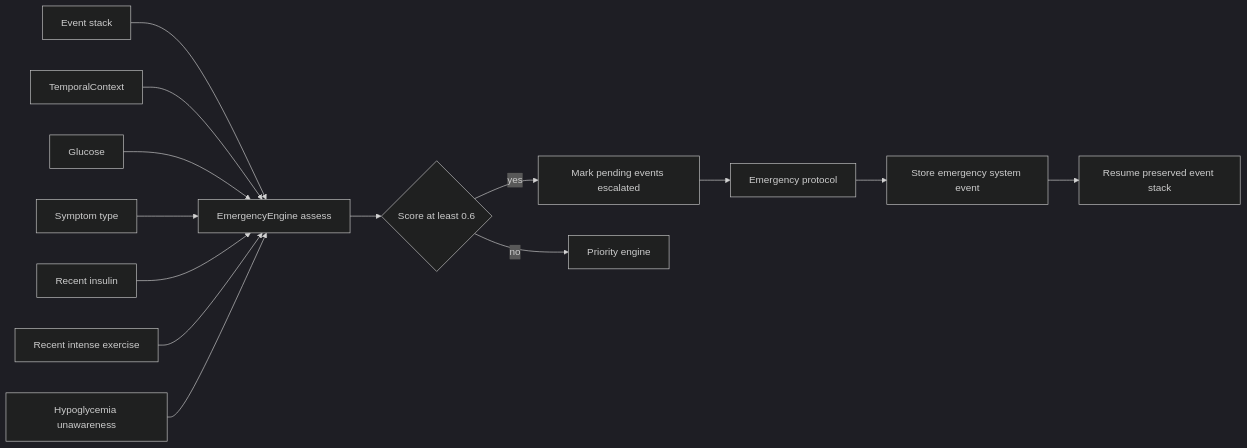
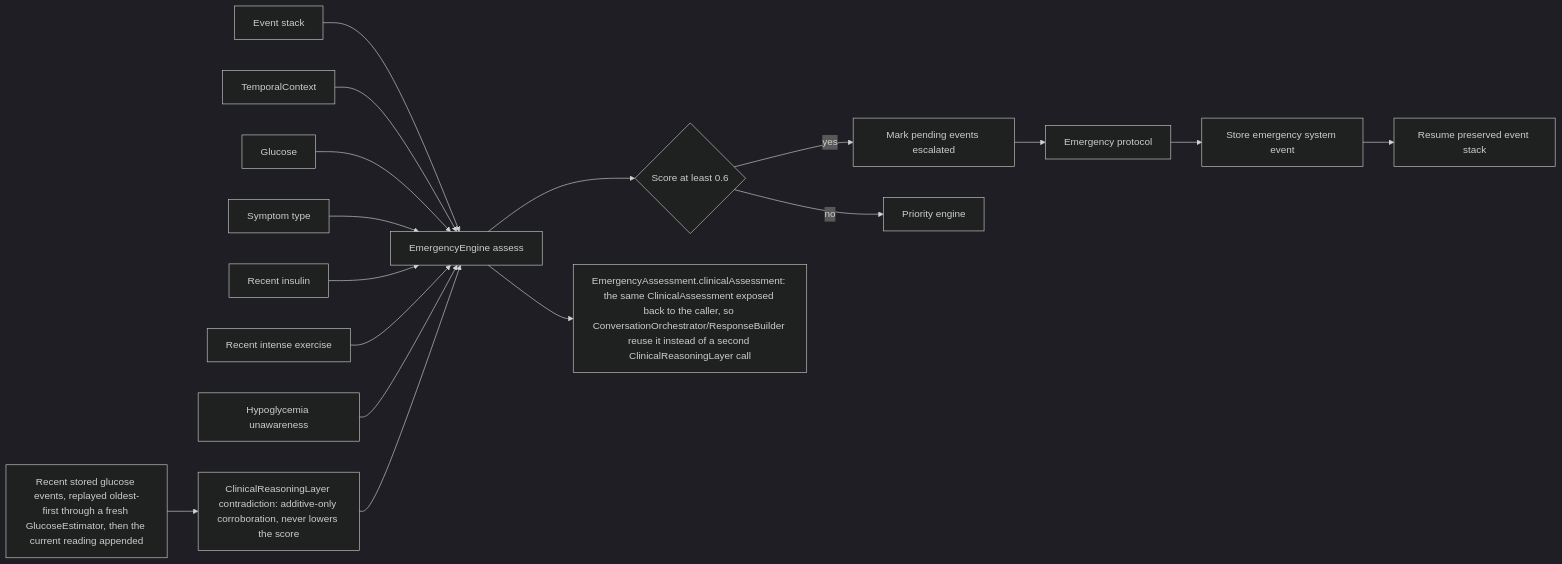
The diagram in diabot/docs/fsm/emergency.mmd (bioduds/diabot), drawn with Mermaid (dark theme) before and after one commit. The commit also changed 38 other files, not shown here.

First line of the commit message:
DiabAI: Clinical Reasoning Layer (FSM V2, Phases 0-8)

```diff
--- a/diabot/docs/fsm/emergency.mmd
+++ b/diabot/docs/fsm/emergency.mmd
@@ -1,16 +1,19 @@
-%% fsm-contract: {"precedence":"emergency-before-priority","signals":["glucose","symptomType","recentInsulin","recentIntenseExercise","hypoglycemiaUnawareness"],"threshold":0.6,"resume":"preserve-event-stack"}
+%% fsm-contract: {"precedence":"emergency-before-priority","signals":["glucose","symptomType","recentInsulin","recentIntenseExercise","hypoglycemiaUnawareness","clinicalContradiction"],"threshold":0.6,"resume":"preserve-event-stack"}
 %% This contract is checked by test/fsm_mermaid_contract_test.dart.
 flowchart LR
   STACK[Event stack] --> ASSESS[EmergencyEngine assess]
   TIME[TemporalContext] --> ASSESS
   GLUCOSE[Glucose] --> ASSESS
   SYMPTOMS[Symptom type] --> ASSESS
   INSULIN[Recent insulin] --> ASSESS
   EXERCISE[Recent intense exercise] --> ASSESS
   UNAWARE[Hypoglycemia unawareness] --> ASSESS
+  CLINICAL[ClinicalReasoningLayer contradiction: additive-only corroboration, never lowers the score] --> ASSESS
+  HISTORY[Recent stored glucose events, replayed oldest-first through a fresh GlucoseEstimator, then the current reading appended] --> CLINICAL
   ASSESS --> SCORE{Score at least 0.6}
   SCORE -->|yes| MARK[Mark pending events escalated]
   MARK --> EMERGENCY[Emergency protocol]
   EMERGENCY --> STORE[Store emergency system event]
   STORE --> RESUME[Resume preserved event stack]
   SCORE -->|no| PRIORITY[Priority engine]
+  ASSESS --> REUSE[EmergencyAssessment.clinicalAssessment: the same ClinicalAssessment exposed back to the caller, so ConversationOrchestrator/ResponseBuilder reuse it instead of a second ClinicalReasoningLayer call]
```
